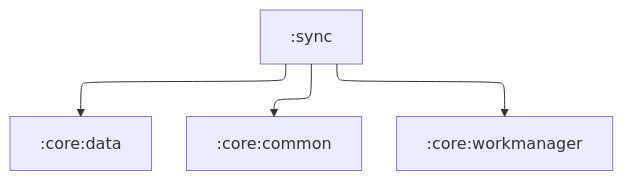
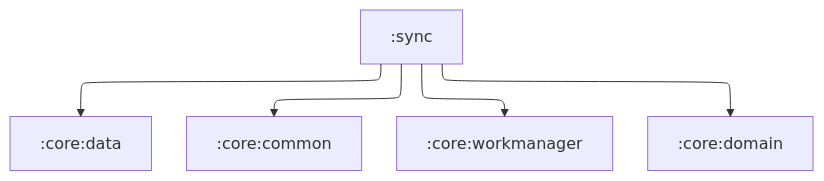
Before and after one commit to IliaVoskoboinikov/Finance-Manager: the diagram in sync/README.md, drawn with Mermaid. The commit also changed other lines of this file and 222 other files, not shown here.

````diff
--- a/sync/README.md
+++ b/sync/README.md
@@ -11,14 +18,15 @@
 ```mermaid
 ---
 config:
   layout: elk
   elk:
     nodePlacementStrategy: SIMPLE
 ---
 graph TB
     :sync --> :core:data
     :sync --> :core:common
     :sync --> :core:workmanager
+    :sync --> :core:domain
 
     classDef android-library fill:#9BF6FF,stroke:#000,stroke-width:2px,color:#000;
 ```
````
